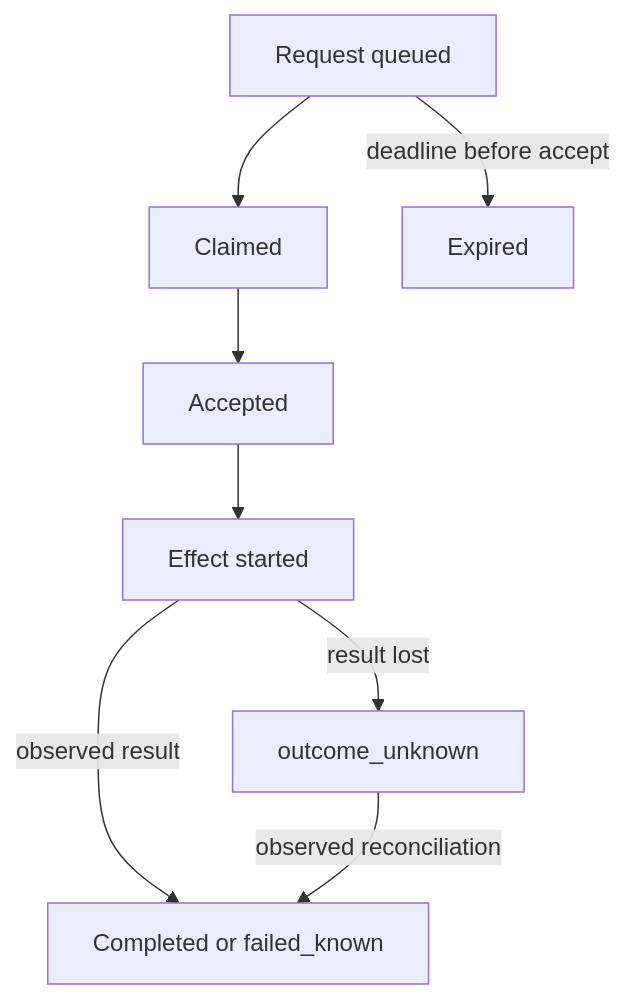
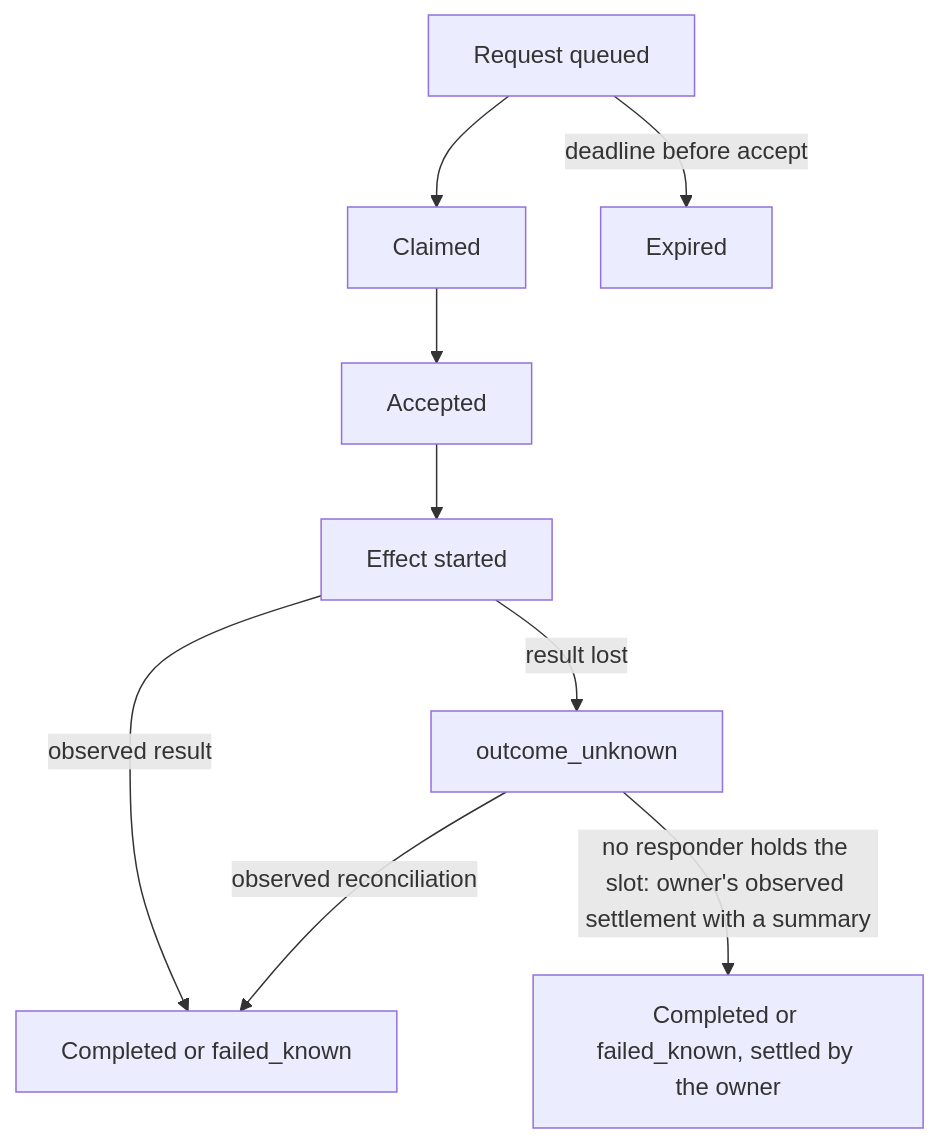
Before and after one commit to passioncode-ai/fabric-agent-contract: diagram 16 of 18 in docs/ux/flows.md, drawn with Mermaid. The commit also changed other lines of this file and 31 other files, not shown here.

First line of the commit message:
DEC-0081: the estate owner settles an outcome_unknown request whose responder is gone

````diff
--- a/docs/ux/flows.md
+++ b/docs/ux/flows.md
@@ -396,10 +396,11 @@
 ```mermaid
 flowchart TD
   Q[Request queued] --> C[Claimed]
   C --> A[Accepted]
   A --> E[Effect started]
   E -->|observed result| D[Completed or failed_known]
   E -->|result lost| U[outcome_unknown]
   U -->|observed reconciliation| D
+  U -->|no responder holds the slot: owner's observed settlement with a summary| O[Completed or failed_known, settled by the owner]
   Q -->|deadline before accept| X[Expired]
 ```
````
